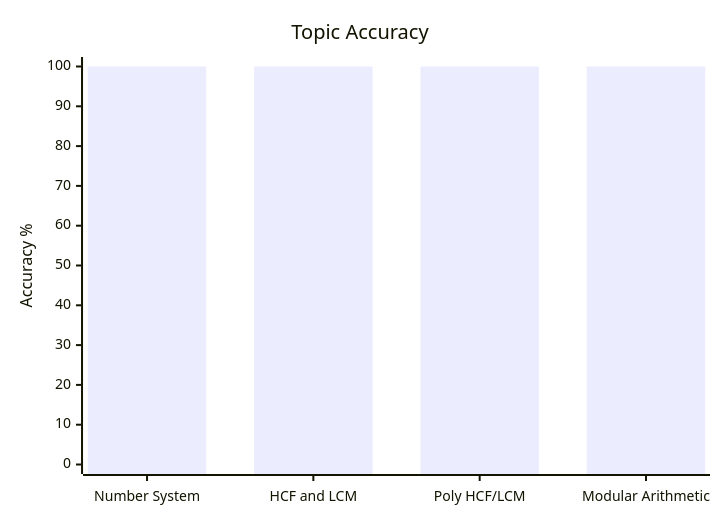
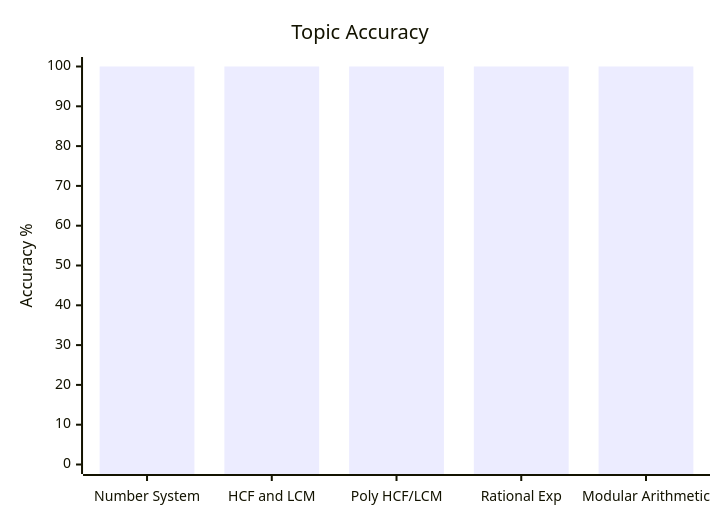
One commit to skc-coder/SAGE changed the first of 3 diagrams in content/cds/math/math_overview.md. Above: the diagram before and after it, drawn with Mermaid. The commit also changed other lines of this file and 9 other files, not shown here.

````diff
--- a/content/cds/math/math_overview.md
+++ b/content/cds/math/math_overview.md
@@ -24,7 +25,7 @@
 ```mermaid
 xychart-beta
     title "Topic Accuracy"
-    x-axis ["Number System", "HCF and LCM", "Poly HCF/LCM", "Modular Arithmetic"]
+    x-axis ["Number System", "HCF and LCM", "Poly HCF/LCM", "Rational Exp", "Modular Arithmetic"]
     y-axis "Accuracy %" 0 --> 100
-    bar [100, 100, 100, 100]
+    bar [100, 100, 100, 100, 100]
 ```
````
